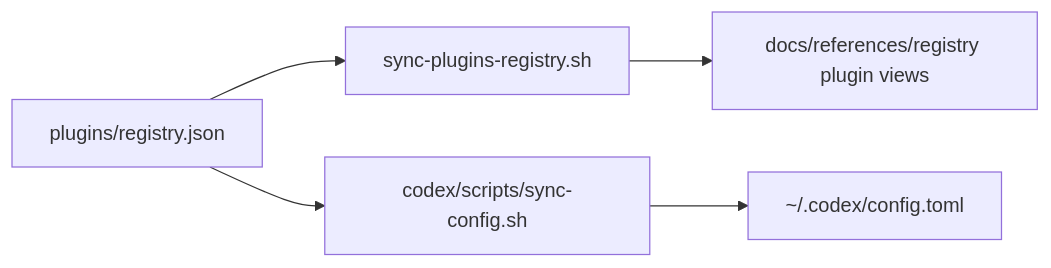
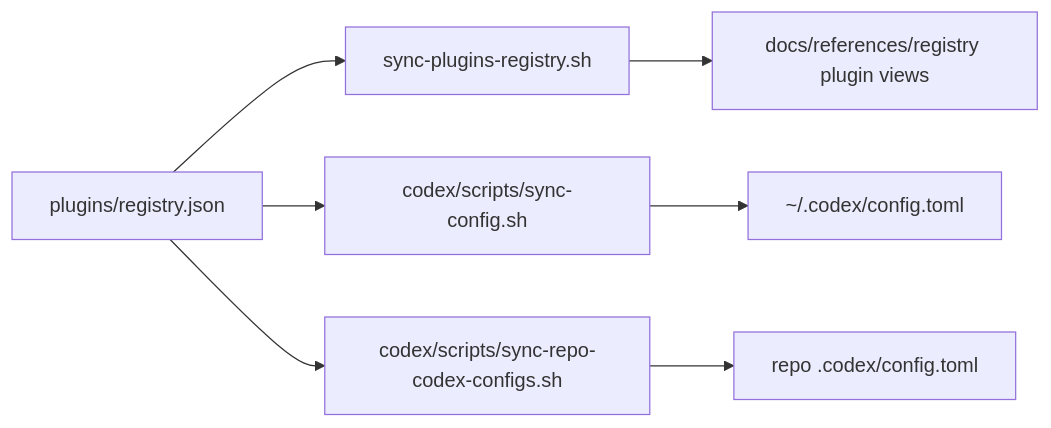
Before and after one commit to wisdom-in-a-nutshell/.agents: the diagram in docs/references/plugins-registry.md, drawn with Mermaid. The commit also changed other lines of this file and 45 other files, not shown here.

````diff
--- a/docs/references/plugins-registry.md
+++ b/docs/references/plugins-registry.md
@@ -13,7 +14,9 @@
 ```mermaid
 flowchart LR
     A[plugins/registry.json] --> B[sync-plugins-registry.sh]
     A --> C[codex/scripts/sync-config.sh]
+    A --> F[codex/scripts/sync-repo-codex-configs.sh]
     B --> D[docs/references/registry plugin views]
     C --> E[~/.codex/config.toml]
+    F --> G[repo .codex/config.toml]
 ```
````
